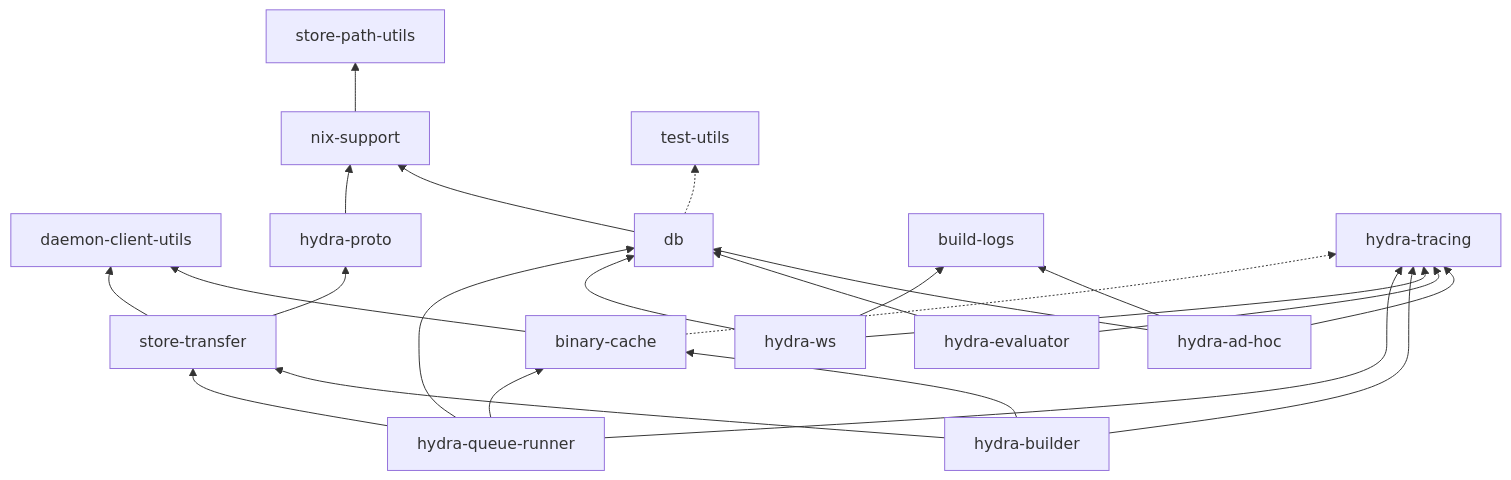
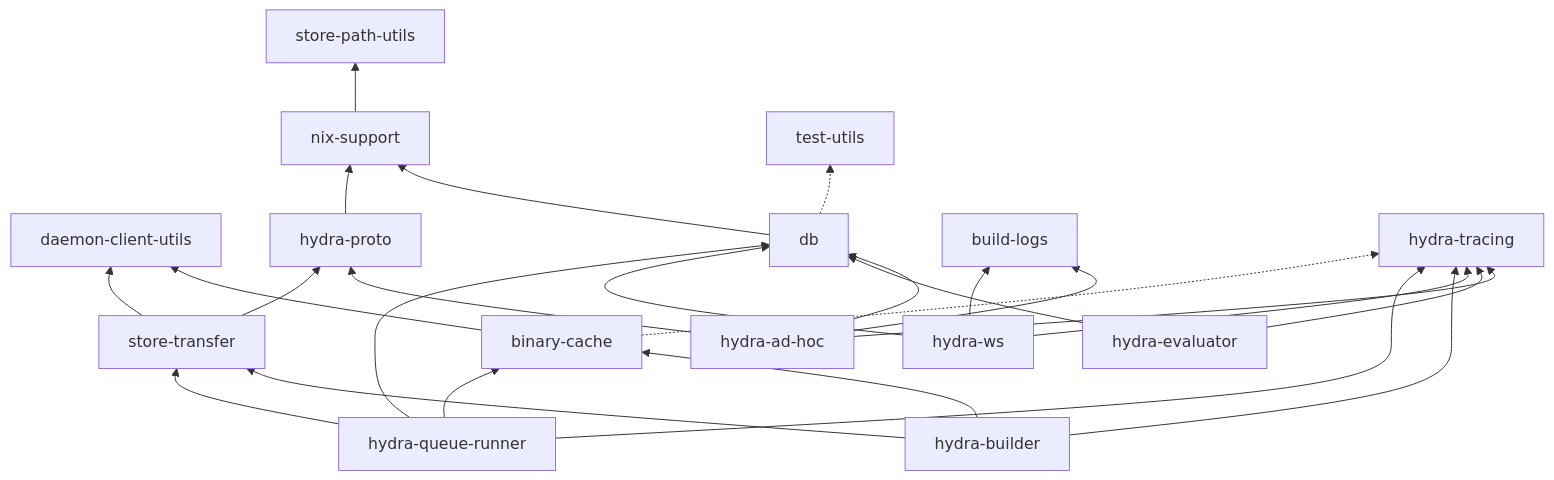
One commit to NixOS/hydra changed the diagram in subprojects/hydra-manual/src/architecture.md. Above: the diagram before and after it, drawn with Mermaid. The commit also changed 1 other file, not shown here.

Commit message:
fix CI: treefmt Cargo.toml ordering, regenerate dependency diagram
- subprojects/hydra-ad-hoc/Cargo.toml: toml.workspace was alphabetically
  misplaced after tonic-prost instead of before tonic.
- subprojects/hydra-manual/src/architecture.md: regenerate to include
  the new hydra-ad-hoc -> hydra-proto edge added by the queue-runner
  client this branch introduces.

Verified with `nix flake check` (all checks green) after both fixes.

````diff
--- a/subprojects/hydra-manual/src/architecture.md
+++ b/subprojects/hydra-manual/src/architecture.md
@@ -73,26 +73,27 @@
 ```mermaid
 graph BT
     binary-cache --> daemon-client-utils
     nix-support --> store-path-utils
     db --> nix-support
     hydra-proto --> nix-support
     hydra-ad-hoc --> build-logs
     hydra-ad-hoc --> db
+    hydra-ad-hoc --> hydra-proto
     hydra-ad-hoc --> hydra-tracing
     hydra-evaluator --> db
     hydra-evaluator --> hydra-tracing
     hydra-ws --> build-logs
     hydra-ws --> db
     hydra-ws --> hydra-tracing
     store-transfer --> daemon-client-utils
     store-transfer --> hydra-proto
     hydra-builder --> binary-cache
     hydra-builder --> hydra-tracing
     hydra-builder --> store-transfer
     hydra-queue-runner --> binary-cache
     hydra-queue-runner --> db
     hydra-queue-runner --> hydra-tracing
     hydra-queue-runner --> store-transfer
     binary-cache -.-> hydra-tracing
     db -.-> test-utils
 ```
````
